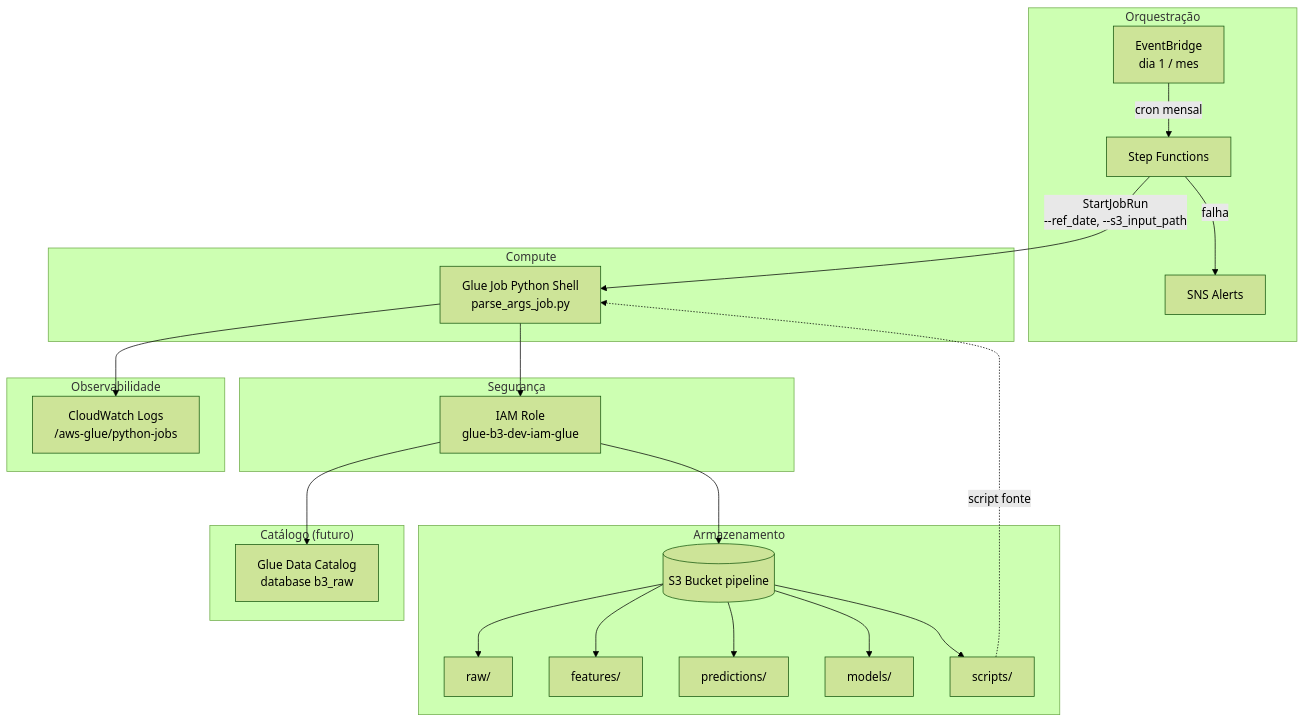
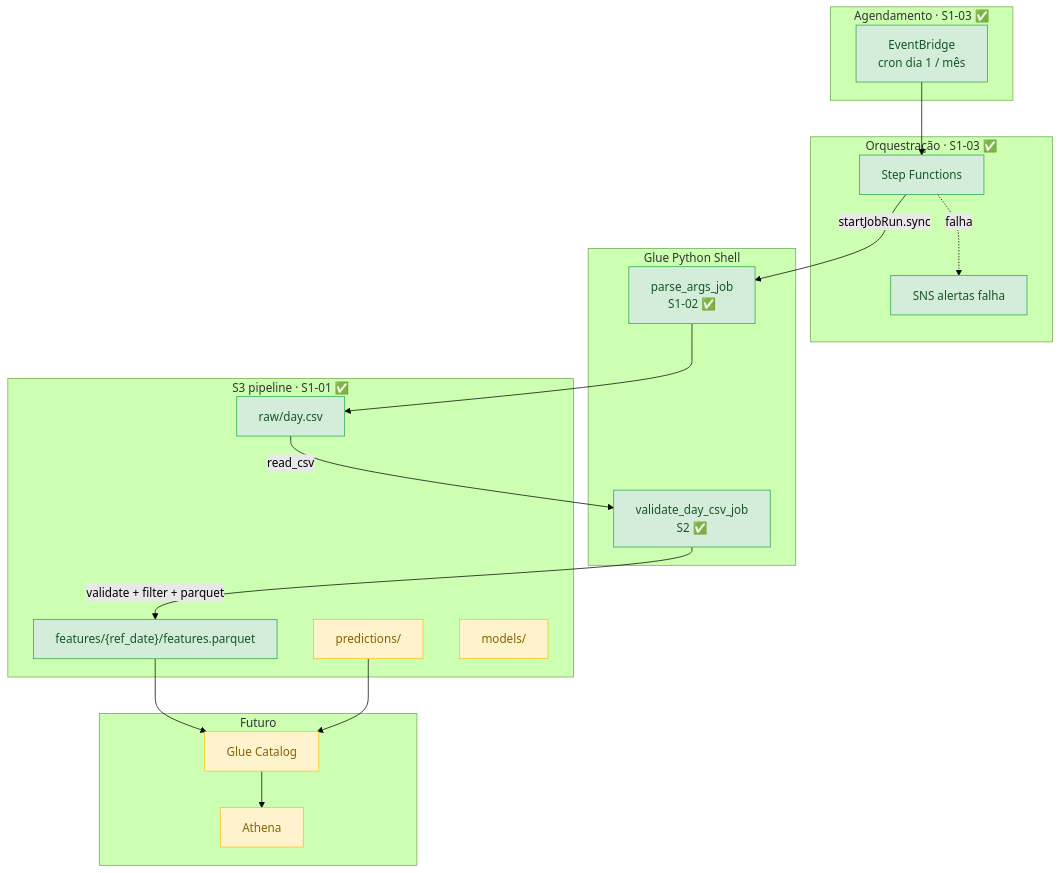
The first of 3 diagrams in docs/architecture.md (welligtoncos/bike-sharing-forecast-aws), drawn with Mermaid (forest theme) before and after one commit. The commit also changed other lines of this file and 1 other file, not shown here.

First line of the commit message:
docs: atualizar diagramas de arquitetura com Sprint 2

````diff
--- a/docs/architecture.md
+++ b/docs/architecture.md
@@ -7,47 +7,45 @@
 ```mermaid
 flowchart TB
-    subgraph Orquestracao["Orquestração"]
-        EB[EventBridge<br/>dia 1 / mes]
-        SF[Step Functions]
-        SNS[SNS Alerts]
+    subgraph AGENDAMENTO["Agendamento · S1-03 ✅"]
+        EB[EventBridge<br/>cron dia 1 / mês]
     end
 
-    subgraph Compute["Compute"]
-        GJ[Glue Job Python Shell<br/>parse_args_job.py]
+    subgraph ORQUESTRACAO["Orquestração · S1-03 ✅"]
+        SF[Step Functions]
+        SNS[SNS alertas falha]
     end
 
-    subgraph Storage["Armazenamento"]
-        S3[(S3 Bucket pipeline)]
-        RAW[raw/]
-        FEAT[features/]
+    subgraph COMPUTE["Glue Python Shell"]
+        GJ1[parse_args_job<br/>S1-02 ✅]
+        GJ2[validate_day_csv_job<br/>S2 ✅]
+    end
+
+    subgraph S3["S3 pipeline · S1-01 ✅"]
+        RAW[raw/day.csv]
+        FEAT["features/{ref_date}/features.parquet"]
         PRED[predictions/]
         MOD[models/]
-        SCR[scripts/]
     end
 
-    subgraph Security["Segurança"]
-        ROLE[IAM Role<br/>glue-b3-dev-iam-glue]
+    subgraph FUTURO["Futuro"]
+        GC[Glue Catalog]
+        ATH[Athena]
     end
 
-    subgraph Observability["Observabilidade"]
-        CW[CloudWatch Logs<br/>/aws-glue/python-jobs]
-    end
+    EB --> SF
+    SF -->|startJobRun.sync| GJ1
+    SF -.->|falha| SNS
 
-    subgraph Catalog["Catálogo (futuro)"]
-        GC[Glue Data Catalog<br/>database b3_raw]
-    end
+    RAW -->|read_csv| GJ2
+    GJ2 -->|validate + filter + parquet| FEAT
 
-    SF -->|"falha"| SNS
-    EB -->|"cron mensal"| SF
-    SF -->|"StartJobRun<br/>--ref_date, --s3_input_path"| GJ
-    GJ --> ROLE
-    ROLE --> S3
-    ROLE --> GC
-    GJ --> CW
-    S3 --> RAW
-    S3 --> FEAT
-    S3 --> PRED
-    S3 --> MOD
-    S3 --> SCR
-    SCR -.->|script fonte| GJ
+    GJ1 --> RAW
+    FEAT --> GC
+    PRED --> GC
+    GC --> ATH
+
+    classDef done fill:#d4edda,stroke:#28a745,color:#155724
+    classDef future fill:#fff3cd,stroke:#ffc107,color:#856404
+    class EB,SF,GJ1,GJ2,RAW,FEAT,SNS done
+    class PRED,MOD,GC,ATH future
 ```
````
